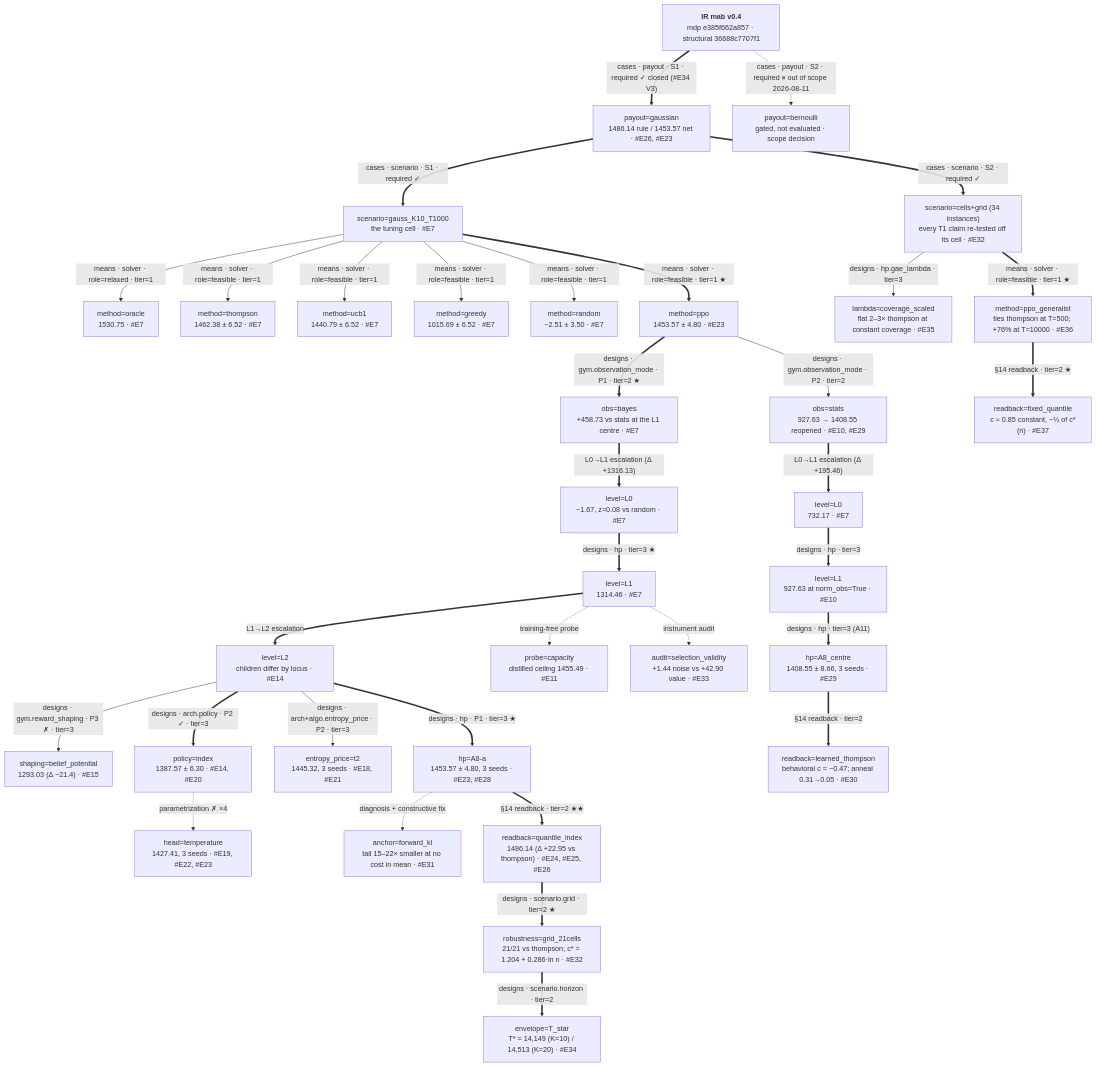
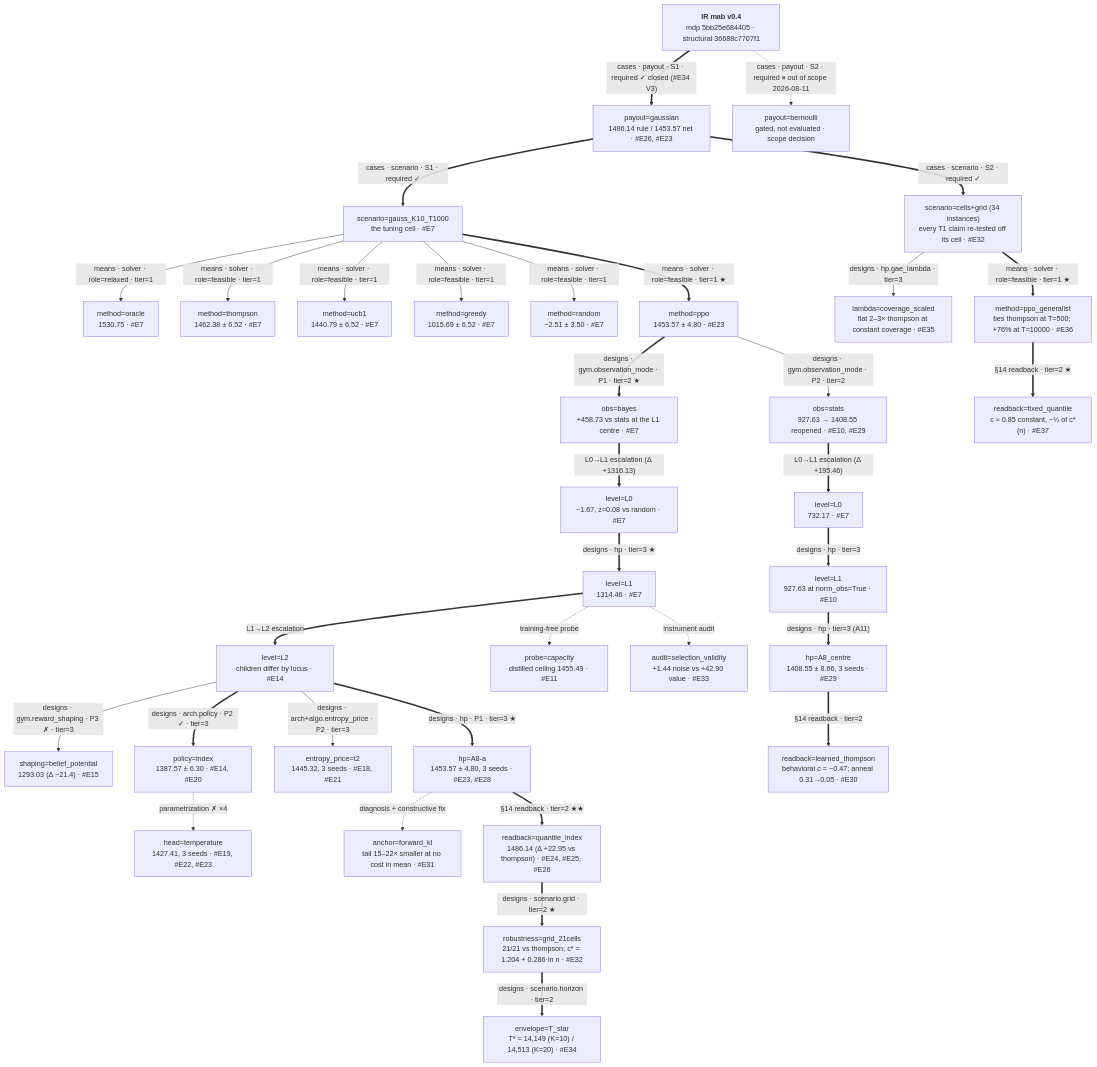
The diagram in plugin/skills/mdp-solver/examples/mab/ESCALATION.md (tong-wang/auto-mdp-solver), drawn with Mermaid before and after one commit. The commit also changed other lines of this file and 5 other files, not shown here.

````diff
--- a/plugin/skills/mdp-solver/examples/mab/ESCALATION.md
+++ b/plugin/skills/mdp-solver/examples/mab/ESCALATION.md
@@ -100,48 +100,48 @@
 ```mermaid
 graph TD
-    ROOT["<b>IR mab v0.4</b><br/>mdp e385f662a857 · structural 36688c7707f1"]
+    ROOT["<b>IR mab v0.4</b><br/>mdp 5bb25e684405 · structural 36688c7707f1"]
 
     ROOT ==>|"cases · payout · S1 · required ✓ closed (#E34 V3)"| T1["payout=gaussian<br/>1486.14 rule / 1453.57 net · #E26, #E23"]
     ROOT -.->|"cases · payout · S2 · required ⏸ out of scope 2026-08-11"| T2["payout=bernoulli<br/>gated, not evaluated · scope decision"]
 
     T1 ==>|"cases · scenario · S1 · required ✓"| SC1["scenario=gauss_K10_T1000<br/>the tuning cell · #E7"]
     T1 ==>|"cases · scenario · S2 · required ✓"| CELLS["scenario=cells+grid (34 instances)<br/>every T1 claim re-tested off its cell · #E32"]
 
     SC1 -->|"means · solver · role=relaxed · tier=1"| ORACLE["method=oracle<br/>1530.75 · #E7"]
     SC1 -->|"means · solver · role=feasible · tier=1"| TS["method=thompson<br/>1462.38 ± 6.52 · #E7"]
     SC1 -->|"means · solver · role=feasible · tier=1"| UCB["method=ucb1<br/>1440.79 ± 6.52 · #E7"]
     SC1 -->|"means · solver · role=feasible · tier=1"| GRE["method=greedy<br/>1015.69 ± 6.52 · #E7"]
     SC1 -->|"means · solver · role=feasible · tier=1"| RND["method=random<br/>−2.51 ± 3.50 · #E7"]
     SC1 ==>|"means · solver · role=feasible · tier=1 ★"| PPO["method=ppo<br/>1453.57 ± 4.80 · #E23"]
 
     PPO ==>|"designs · gym.observation_mode · P1 · tier=2 ★"| OB["obs=bayes<br/>+458.73 vs stats at the L1 centre · #E7"]
     PPO -->|"designs · gym.observation_mode · P2 · tier=2"| OS["obs=stats<br/>927.63 → 1408.55 reopened · #E10, #E29"]
 
     OB ==>|"L0→L1 escalation (Δ +1316.13)"| L0B["level=L0<br/>−1.67, z=0.08 vs random · #E7"]
     L0B ==>|"designs · hp · tier=3 ★"| L1B["level=L1<br/>1314.46 · #E7"]
     L1B ==>|"L1→L2 escalation"| L2["level=L2<br/>children differ by locus · #E14"]
 
     L1B -.->|"training-free probe"| PROBE["probe=capacity<br/>distilled ceiling 1455.49 · #E11"]
     L1B -.->|"instrument audit"| SELECT["audit=selection_validity<br/>+1.44 noise vs +42.90 value · #E33"]
 
     L2 -->|"designs · gym.reward_shaping · P3 ✗ · tier=3"| GYM["shaping=belief_potential<br/>1293.03 (Δ −21.4) · #E15"]
     L2 ==>|"designs · arch.policy · P2 ✓ · tier=3"| ARCH["policy=index<br/>1387.57 ± 6.30 · #E14, #E20"]
     L2 -->|"designs · arch+algo.entropy_price · P2 · tier=3"| ALGO["entropy_price=t2<br/>1445.32, 3 seeds · #E18, #E21"]
     L2 ==>|"designs · hp · P1 · tier=3 ★"| HP["hp=A8-a<br/>1453.57 ± 4.80, 3 seeds · #E23, #E28"]
 
     ARCH -.->|"parametrization ✗ ×4"| HEAD["head=temperature<br/>1427.41, 3 seeds · #E19, #E22, #E23"]
     HP -.->|"diagnosis + constructive fix"| COVER["anchor=forward_kl<br/>tail 15–22× smaller at no cost in mean · #E31"]
 
     HP ==>|"§14 readback · tier=2 ★★"| READ["readback=quantile_index<br/>1486.14 (Δ +22.95 vs thompson) · #E24, #E25, #E26"]
     READ ==>|"designs · scenario.grid · tier=2 ★"| GRID["robustness=grid_21cells<br/>21/21 vs thompson; c* = 1.204 + 0.286·ln n · #E32"]
     GRID ==>|"designs · scenario.horizon · tier=2"| ENV["envelope=T_star<br/>T* = 14,149 (K=10) / 14,513 (K=20) · #E34"]
 
     CELLS -->|"designs · hp.gae_lambda · tier=3"| LAM["lambda=coverage_scaled<br/>flat 2–3× thompson at constant coverage · #E35"]
     CELLS ==>|"means · solver · role=feasible · tier=1 ★"| GEN["method=ppo_generalist<br/>ties thompson at T=500; +76% at T=10000 · #E36"]
     GEN ==>|"§14 readback · tier=2 ★"| GREAD["readback=fixed_quantile<br/>c ≈ 0.85 constant, ~⅓ of c*(n) · #E37"]
 
     OS ==>|"L0→L1 escalation (Δ +195.46)"| L0S["level=L0<br/>732.17 · #E7"]
     L0S ==>|"designs · hp · tier=3"| L1S["level=L1<br/>927.63 at norm_obs=True · #E10"]
     L1S ==>|"designs · hp · tier=3 (A11)"| REOPEN["hp=A8_centre<br/>1408.55 ± 8.66, 3 seeds · #E29"]
     REOPEN ==>|"§14 readback · tier=2"| SREAD["readback=learned_thompson<br/>behavioral c = −0.47; anneal 0.31→0.05 · #E30"]
 ```
````
